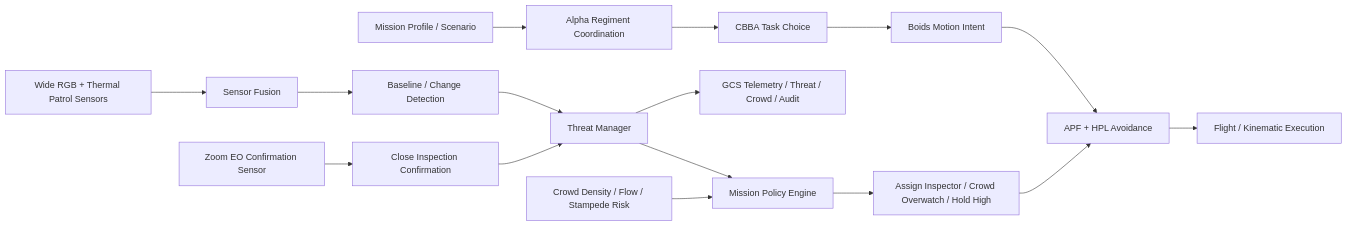
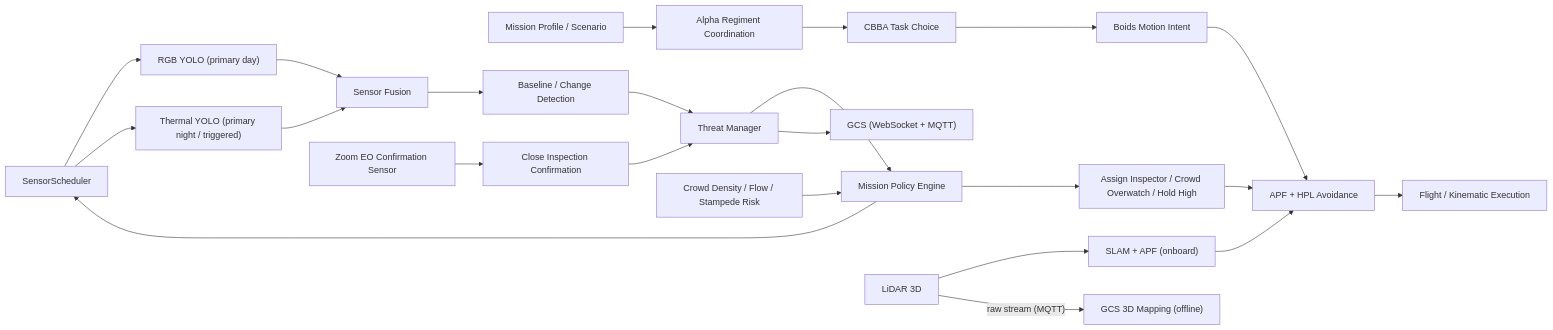
The first of 2 diagrams in docs/ARCHITECTURE.md (aniket-27507/Sanjay_MK2), drawn with Mermaid before and after one commit. The commit also changed other lines of this file and 15 other files, not shown here.

````diff
--- a/docs/ARCHITECTURE.md
+++ b/docs/ARCHITECTURE.md
@@ -20,21 +25,29 @@
 ```mermaid
 flowchart LR
     A["Mission Profile / Scenario"] --> B["Alpha Regiment Coordination"]
     B --> C["CBBA Task Choice"]
     C --> D["Boids Motion Intent"]
     D --> E["APF + HPL Avoidance"]
     E --> F["Flight / Kinematic Execution"]
 
-    G["Wide RGB + Thermal Patrol Sensors"] --> H["Sensor Fusion"]
+    SS["SensorScheduler"] --> G1["RGB YOLO (primary day)"]
+    SS --> G2["Thermal YOLO (primary night / triggered)"]
+    G1 --> H["Sensor Fusion"]
+    G2 --> H
     H --> I["Baseline / Change Detection"]
     I --> J["Threat Manager"]
     J --> K["Mission Policy Engine"]
     K --> L["Assign Inspector / Crowd Overwatch / Hold High"]
+    K --> SS
     L --> E
 
     M["Zoom EO Confirmation Sensor"] --> N["Close Inspection Confirmation"]
     N --> J
 
     O["Crowd Density / Flow / Stampede Risk"] --> K
-    J --> P["GCS Telemetry / Threat / Crowd / Audit"]
+    J --> P["GCS (WebSocket + MQTT)"]
+
+    LD["LiDAR 3D"] --> SLAM["SLAM + APF (onboard)"]
+    SLAM --> E
+    LD --> |"raw stream (MQTT)"| GCS_3D["GCS 3D Mapping (offline)"]
 ```
````
